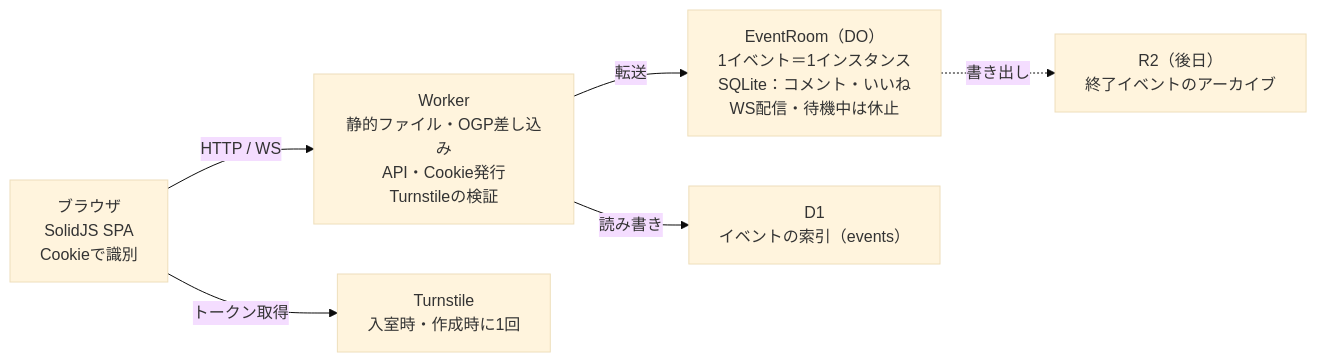
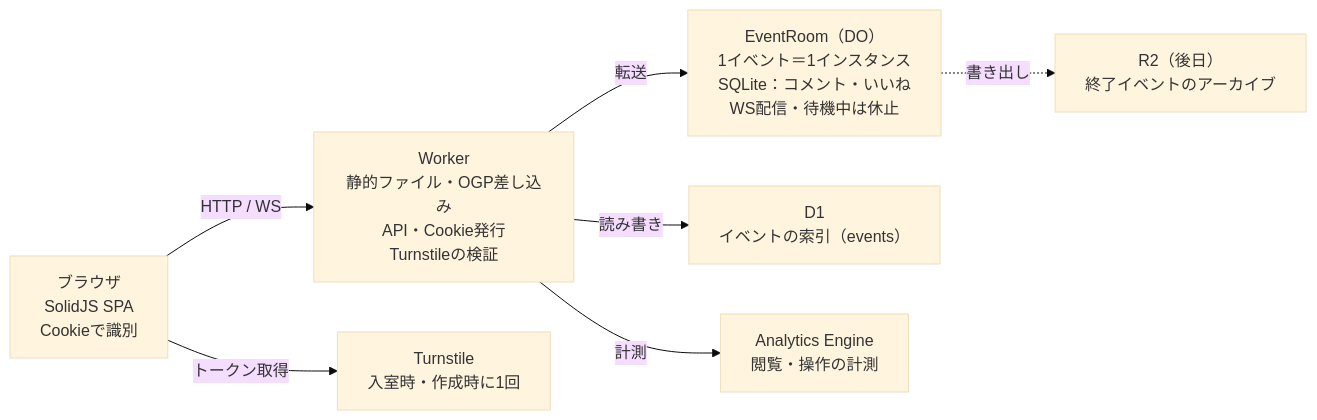
The diagram in docs/architecture.md (mather/leaction3), drawn with Mermaid (base theme) before and after one commit. The commit also changed other lines of this file and 21 other files, not shown here.

````diff
--- a/docs/architecture.md
+++ b/docs/architecture.md
@@ -7,14 +7,16 @@
 ```mermaid
 flowchart LR
   B["ブラウザ<br/>SolidJS SPA<br/>Cookieで識別"]
   W["Worker<br/>静的ファイル・OGP差し込み<br/>API・Cookie発行<br/>Turnstileの検証"]
   R["EventRoom（DO）<br/>1イベント＝1インスタンス<br/>SQLite：コメント・いいね<br/>WS配信・待機中は休止"]
   T["Turnstile<br/>入室時・作成時に1回"]
   D["D1<br/>イベントの索引（events）"]
   A["R2（後日）<br/>終了イベントのアーカイブ"]
+  E["Analytics Engine<br/>閲覧・操作の計測"]
   B -- "HTTP / WS" --> W
   W -- "転送" --> R
   B -- "トークン取得" --> T
   W -- "読み書き" --> D
   R -. "書き出し" .-> A
+  W -- "計測" --> E
 ```
````
